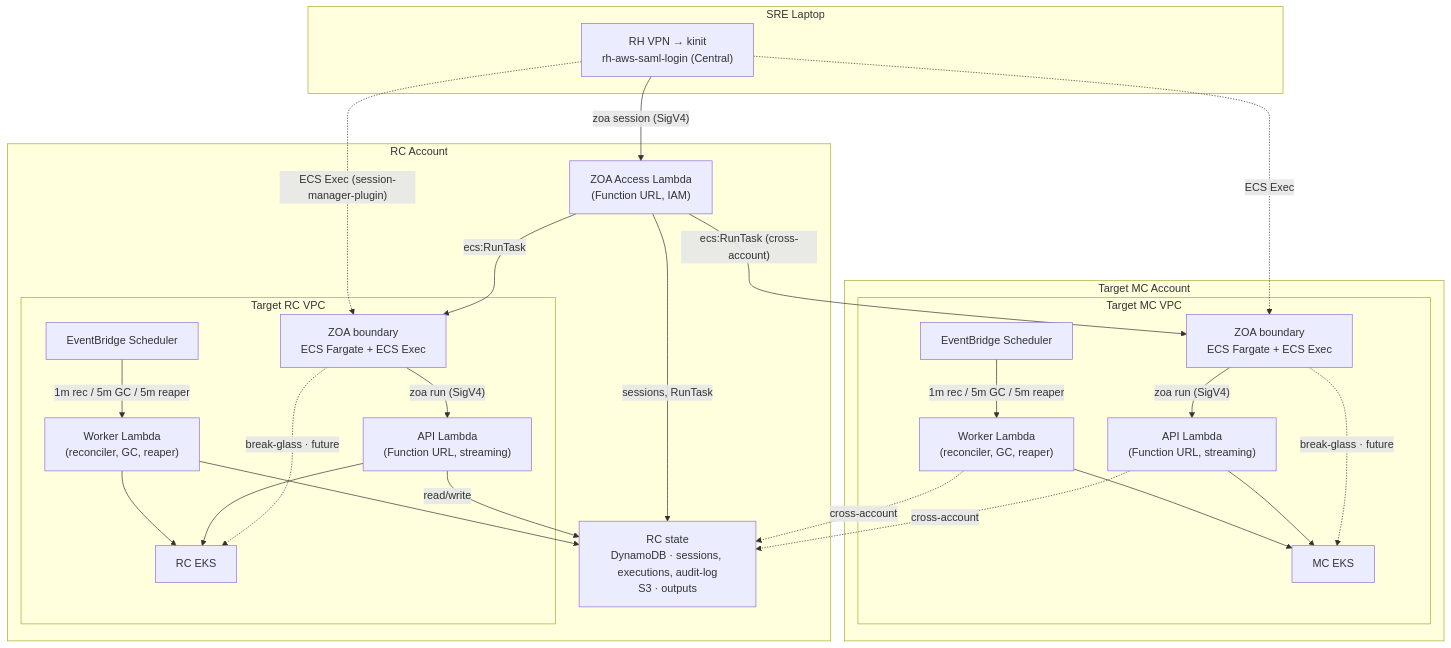
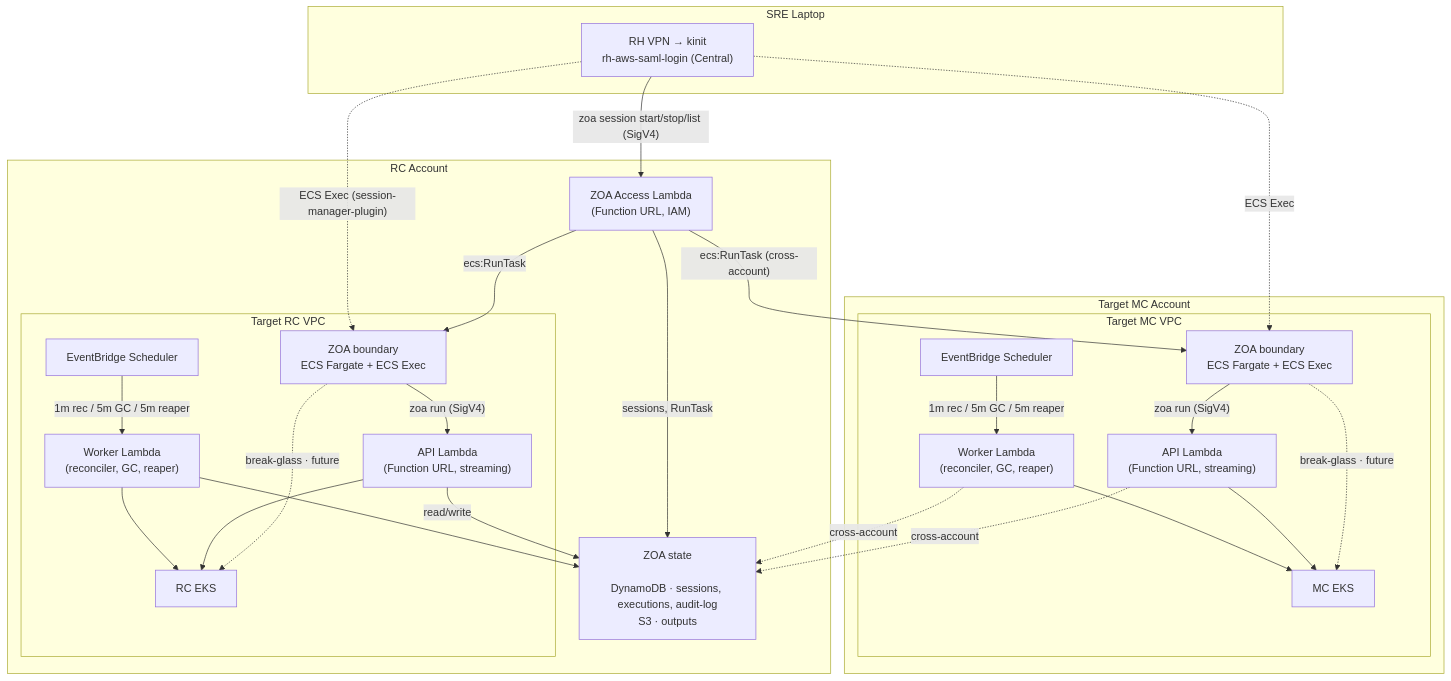
Before and after one commit to slopezz/rosa-hyperfleet-zoa: the diagram in README.md, drawn with Mermaid.

Commit message:
ROSAENG-68805 | docs: tune README diagram state title and session edge
Rename RC state to ZOA state with spacing; expand session edge label.

````diff
--- a/README.md
+++ b/README.md
@@ -75,59 +75,59 @@
 ```mermaid
 ---
 config:
   layout: dagre
 ---
 graph TD
     subgraph laptop["SRE Laptop"]
         L["RH VPN → kinit<br/>rh-aws-saml-login (Central)"]
     end
 
     subgraph rc["RC Account"]
         ACCESS["ZOA Access Lambda<br/>(Function URL, IAM)"]
-        STATE["RC state<br/>DynamoDB · sessions, executions, audit-log<br/>S3 · outputs"]
+        STATE["ZOA state<br/><br/>DynamoDB · sessions, executions, audit-log<br/>S3 · outputs"]
         subgraph rc_vpc["Target RC VPC"]
             BOUNDARY_RC["ZOA boundary<br/>ECS Fargate + ECS Exec"]
             EB_RC["EventBridge Scheduler"]
             API_RC["API Lambda<br/>(Function URL, streaming)"]
             WORKER_RC["Worker Lambda<br/>(reconciler, GC, reaper)"]
             EKS_RC["RC EKS"]
         end
     end
 
     subgraph mc["Target MC Account"]
         subgraph mc_vpc["Target MC VPC"]
             BOUNDARY_MC["ZOA boundary<br/>ECS Fargate + ECS Exec"]
             EB_MC["EventBridge Scheduler"]
             API_MC["API Lambda<br/>(Function URL, streaming)"]
             WORKER_MC["Worker Lambda<br/>(reconciler, GC, reaper)"]
             EKS_MC["MC EKS"]
         end
     end
 
-    L -->|"zoa session (SigV4)"| ACCESS
+    L -->|"zoa session start/stop/list (SigV4)"| ACCESS
     ACCESS -->|"sessions, RunTask"| STATE
     ACCESS -->|"ecs:RunTask"| BOUNDARY_RC
     ACCESS -->|"ecs:RunTask (cross-account)"| BOUNDARY_MC
 
     L -.->|"ECS Exec (session-manager-plugin)"| BOUNDARY_RC
     L -.->|"ECS Exec"| BOUNDARY_MC
 
     BOUNDARY_RC -->|"zoa run (SigV4)"| API_RC
     BOUNDARY_MC -->|"zoa run (SigV4)"| API_MC
 
     BOUNDARY_RC -.->|"break-glass · future"| EKS_RC
     BOUNDARY_MC -.->|"break-glass · future"| EKS_MC
 
     EB_RC -->|"1m rec / 5m GC / 5m reaper"| WORKER_RC
     EB_MC -->|"1m rec / 5m GC / 5m reaper"| WORKER_MC
 
     API_RC --> EKS_RC
     WORKER_RC --> EKS_RC
     API_MC --> EKS_MC
     WORKER_MC --> EKS_MC
 
     API_RC -->|"read/write"| STATE
     WORKER_RC --> STATE
     API_MC -.->|"cross-account"| STATE
     WORKER_MC -.->|"cross-account"| STATE
 ```
````
